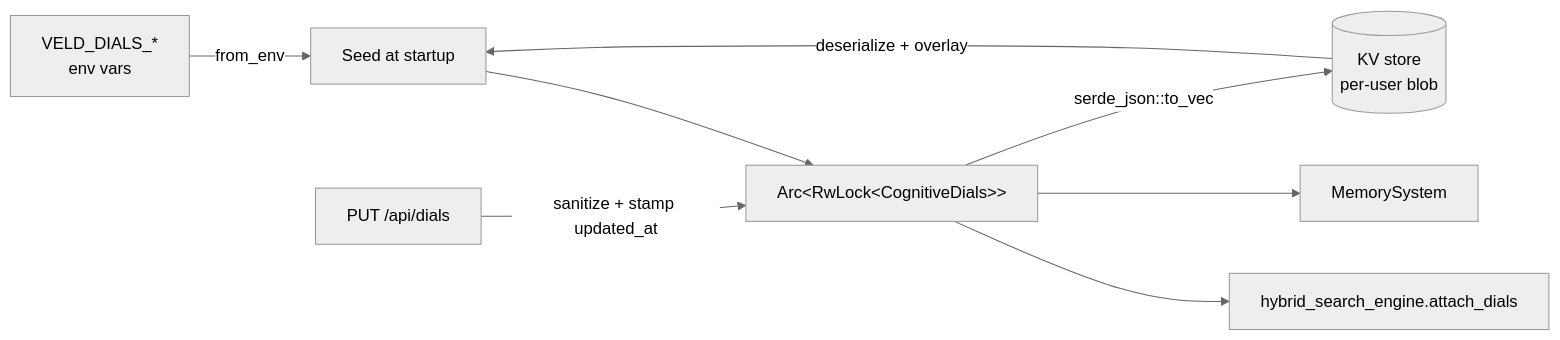
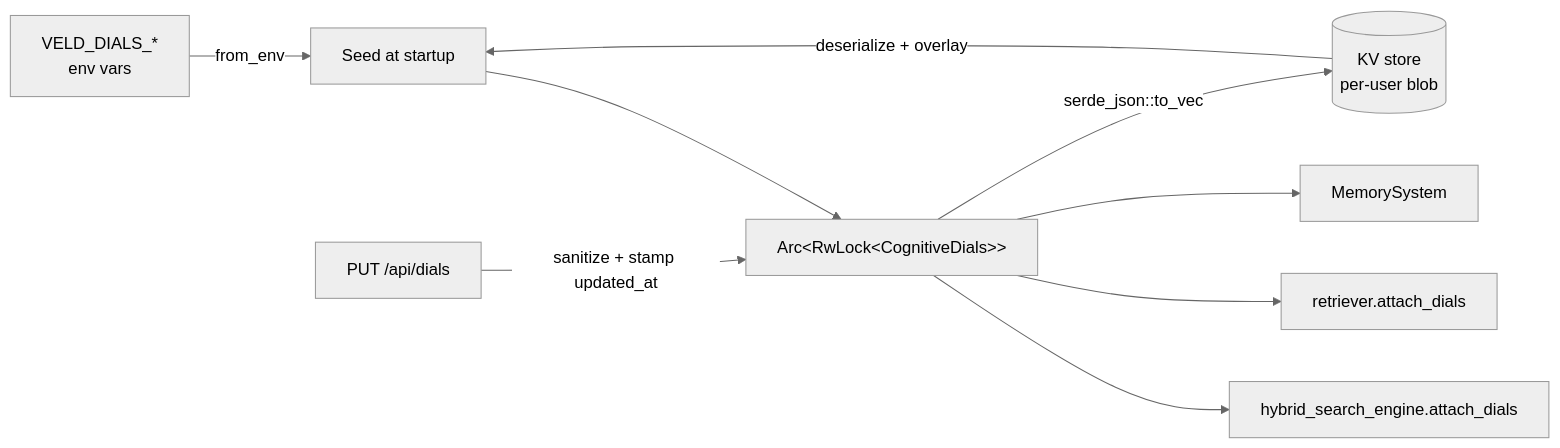
One commit to Portll/veld changed the diagram in docs/src/architecture/dials.md. Above: the diagram before and after it, drawn with Mermaid (neutral theme). The commit also changed other lines of this file and 6 other files, not shown here.

````diff
--- a/docs/src/architecture/dials.md
+++ b/docs/src/architecture/dials.md
@@ -54,10 +56,11 @@
 ```mermaid
 flowchart LR
     ENV[VELD_DIALS_*<br/>env vars] -->|from_env| INIT[Seed at startup]
     KV[(KV store<br/>per-user blob)] -->|deserialize + overlay| INIT
     INIT --> ARC[Arc&lt;RwLock&lt;CognitiveDials&gt;&gt;]
     ARC --> HS[hybrid_search_engine.attach_dials]
+    ARC --> RE[retriever.attach_dials]
     ARC --> MS[MemorySystem]
     PUT[PUT /api/dials] -->|sanitize + stamp updated_at| ARC
     ARC -->|serde_json::to_vec| KV
 ```
````
